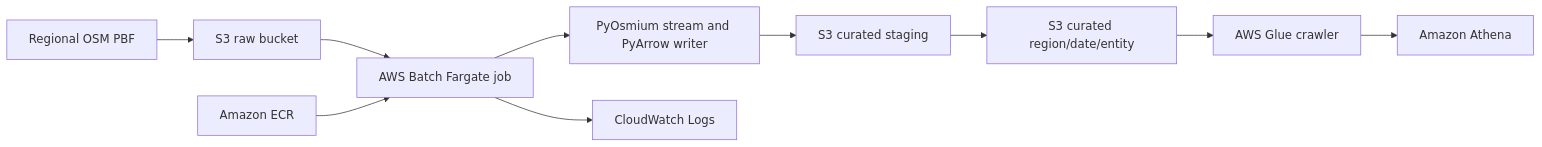
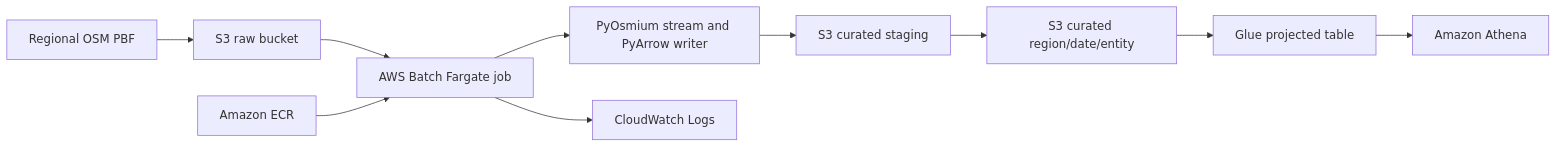
One commit to aarigonimi/aws-pbf-dataparser changed the diagram in README.md. Above: the diagram before and after it, drawn with Mermaid. The commit also changed other lines of this file and 15 other files, not shown here.

Commit message:
Replace Glue crawler with projected table

````diff
--- a/README.md
+++ b/README.md
@@ -39,12 +39,12 @@
 ```mermaid
 flowchart LR
     PBF[Regional OSM PBF] --> RAW[S3 raw bucket]
     RAW --> JOB[AWS Batch Fargate job]
     ECR[Amazon ECR] --> JOB
     JOB --> APP[PyOsmium stream and PyArrow writer]
     APP --> STAGE[S3 curated staging]
     STAGE --> CURATED[S3 curated region/date/entity]
     JOB --> LOGS[CloudWatch Logs]
-    CURATED --> GLUE[AWS Glue crawler]
+    CURATED --> GLUE[Glue projected table]
     GLUE --> ATHENA[Amazon Athena]
 ```
````
